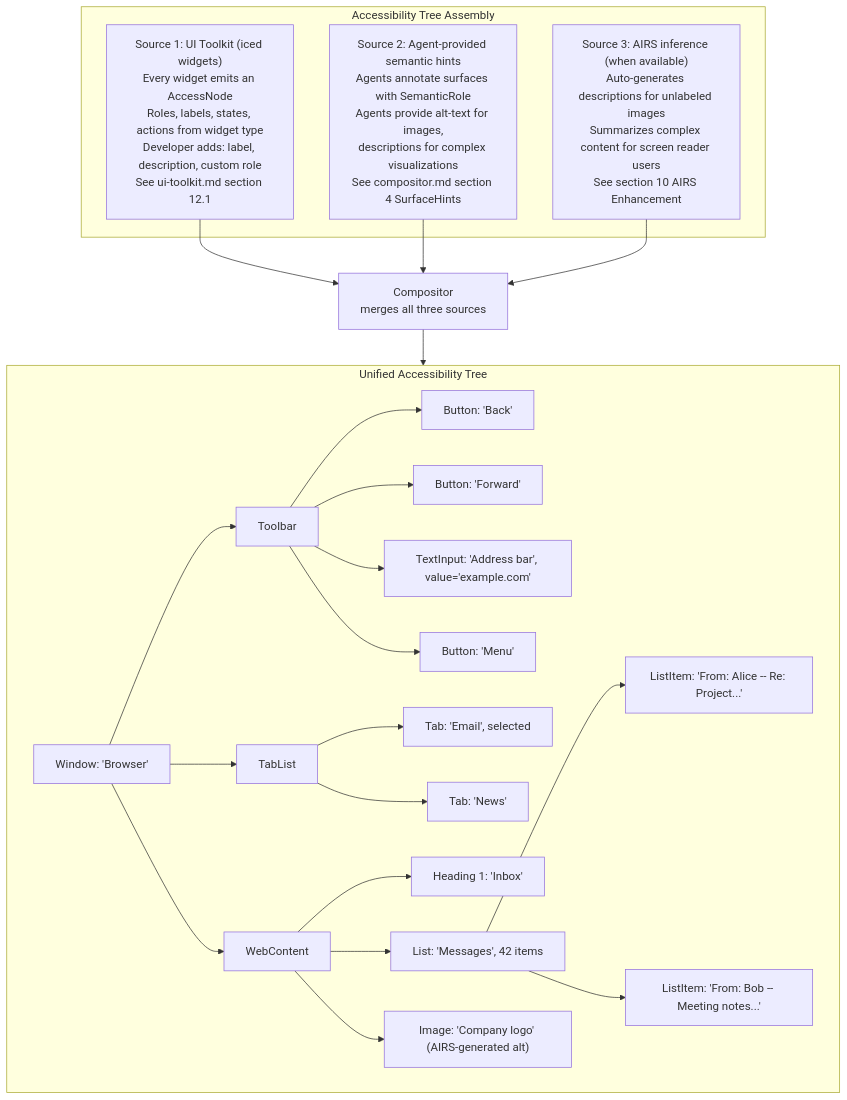
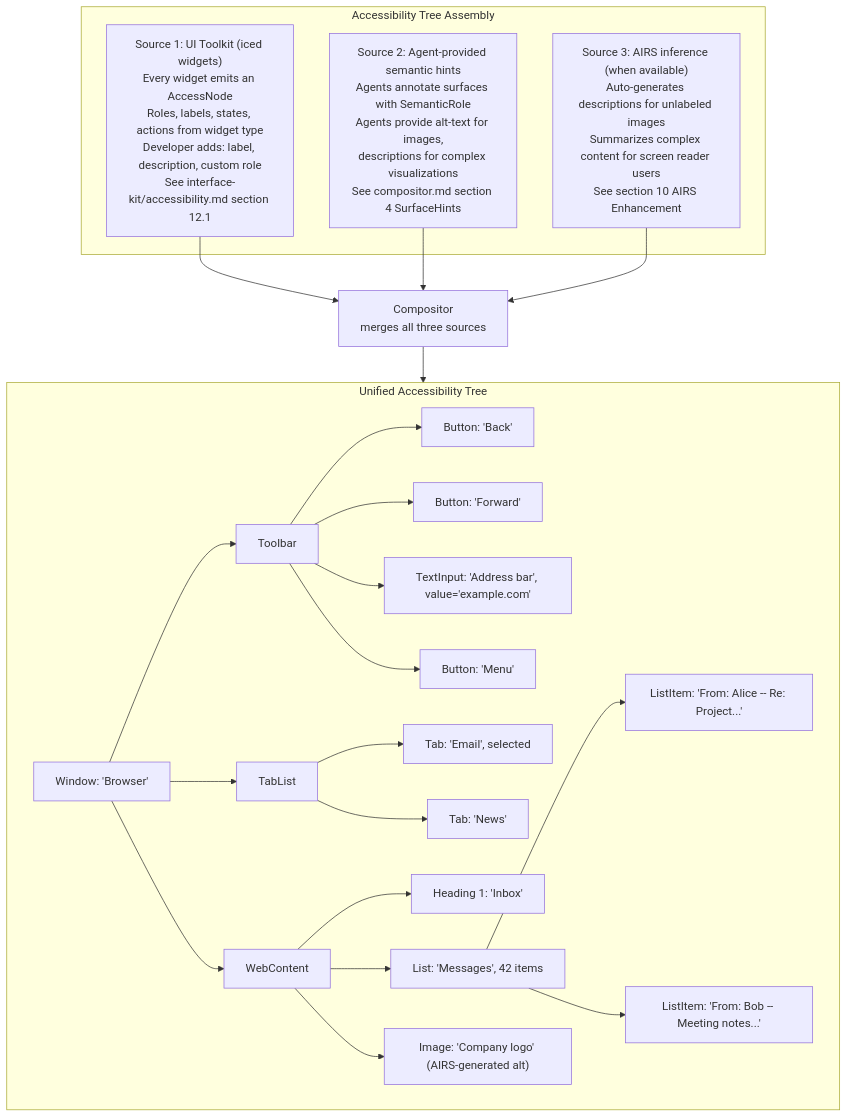
The third of 3 diagrams in docs/experience/accessibility/system-integration.md (juslee/aios), drawn with Mermaid before and after one commit. The commit also changed 30 other files, not shown here.

First line of the commit message:
Docs: Rename & update Interface Kit architecture document (#135)

````diff
--- a/docs/experience/accessibility/system-integration.md
+++ b/docs/experience/accessibility/system-integration.md
@@ -167,52 +167,52 @@
 ```mermaid
 flowchart TD
     subgraph Sources["Accessibility Tree Assembly"]
         S1["`Source 1: UI Toolkit (iced widgets)
 Every widget emits an AccessNode
 Roles, labels, states, actions from widget type
 Developer adds: label, description, custom role
-See ui-toolkit.md section 12.1`"]
+See interface-kit/accessibility.md section 12.1`"]
         S2["`Source 2: Agent-provided semantic hints
 Agents annotate surfaces with SemanticRole
 Agents provide alt-text for images,
 descriptions for complex visualizations
 See compositor.md section 4 SurfaceHints`"]
         S3["`Source 3: AIRS inference (when available)
 Auto-generates descriptions for unlabeled images
 Summarizes complex content for screen reader users
 See section 10 AIRS Enhancement`"]
     end
 
     COMP["`Compositor
 merges all three sources`"]
 
     S1 --> COMP
     S2 --> COMP
     S3 --> COMP
 
     subgraph UAT["Unified Accessibility Tree"]
         W["Window: 'Browser'"]
         TB["Toolbar"]
         BK["Button: 'Back'"]
         FW["Button: 'Forward'"]
         AB["TextInput: 'Address bar', value='example.com'"]
         MN["Button: 'Menu'"]
         TL["TabList"]
         T1["Tab: 'Email', selected"]
         T2["Tab: 'News'"]
         WC["WebContent"]
         H1["Heading 1: 'Inbox'"]
         LS["List: 'Messages', 42 items"]
         LI1["ListItem: 'From: Alice -- Re: Project...'"]
         LI2["ListItem: 'From: Bob -- Meeting notes...'"]
         IMG["Image: 'Company logo' (AIRS-generated alt)"]
 
         W --> TB & TL & WC
         TB --> BK & FW & AB & MN
         TL --> T1 & T2
         WC --> H1 & LS & IMG
         LS --> LI1 & LI2
     end
 
     COMP --> UAT
 ```
````
